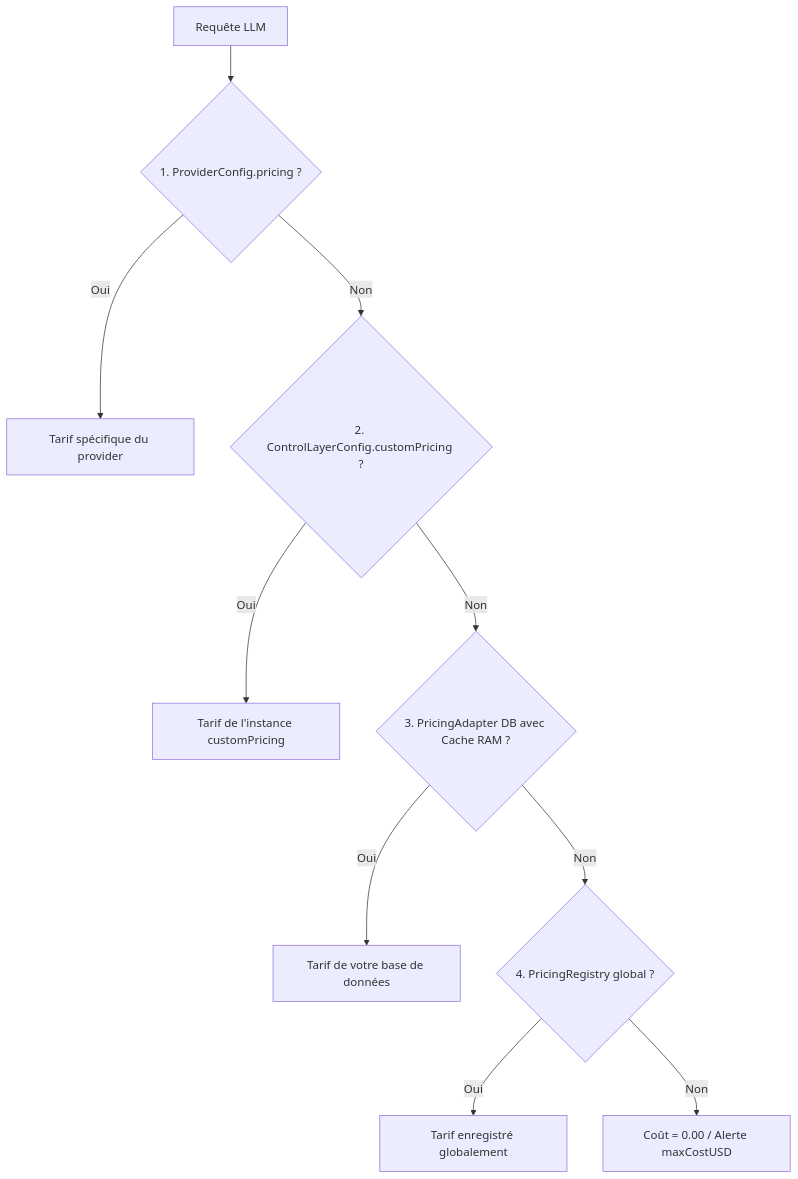
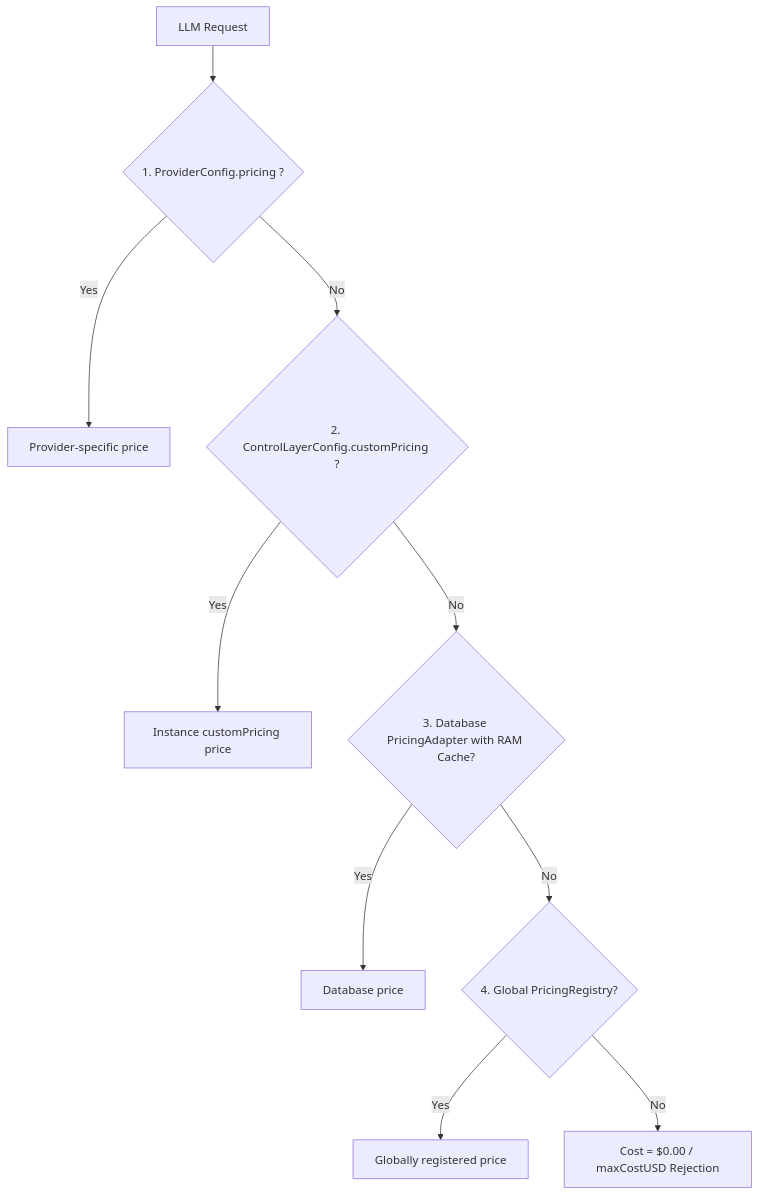
One commit to thienban/avantGate changed the diagram in docs/pricing.md. Above: the diagram before and after it, drawn with Mermaid. The commit also changed other lines of this file and 1 other file, not shown here.

Commit message:
translate to english for pricing

````diff
--- a/docs/pricing.md
+++ b/docs/pricing.md
@@ -18,12 +18,12 @@
 ```mermaid
 flowchart TD
-    Req[Requête LLM] --> P1{1. ProviderConfig.pricing ?}
-    P1 -- Oui --> UseP1[Tarif spécifique du provider]
-    P1 -- Non --> P2{2. ControlLayerConfig.customPricing ?}
-    P2 -- Oui --> UseP2[Tarif de l'instance customPricing]
-    P2 -- Non --> P3{3. PricingAdapter DB avec Cache RAM ?}
-    P3 -- Oui --> UseP3[Tarif de votre base de données]
-    P3 -- Non --> P4{4. PricingRegistry global ?}
-    P4 -- Oui --> UseP4[Tarif enregistré globalement]
-    P4 -- Non --> Zero[Coût = 0.00 / Alerte maxCostUSD]
+    Req[LLM Request] --> P1{1. ProviderConfig.pricing ?}
+    P1 -- Yes --> UseP1[Provider-specific price]
+    P1 -- No --> P2{2. ControlLayerConfig.customPricing ?}
+    P2 -- Yes --> UseP2[Instance customPricing price]
+    P2 -- No --> P3{3. Database PricingAdapter with RAM Cache?}
+    P3 -- Yes --> UseP3[Database price]
+    P3 -- No --> P4{4. Global PricingRegistry?}
+    P4 -- Yes --> UseP4[Globally registered price]
+    P4 -- No --> Zero[Cost = $0.00 / maxCostUSD Rejection]
 ```
````
